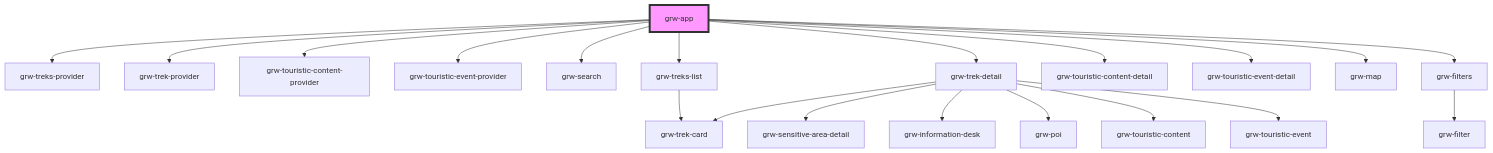
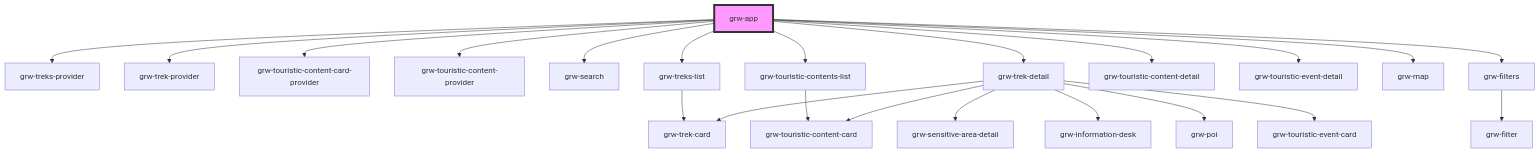
Before and after one commit to GeotrekCE/Geotrek-rando-widget: the diagram in src/components/grw-app/readme.md, drawn with Mermaid. The commit also changed other lines of this file and 26 other files, not shown here.

Commit message:
add touristic contents list

````diff
--- a/src/components/grw-app/readme.md
+++ b/src/components/grw-app/readme.md
@@ -66,23 +70,25 @@
 ```mermaid
 graph TD;
   grw-app --> grw-treks-provider
   grw-app --> grw-trek-provider
+  grw-app --> grw-touristic-content-card-provider
   grw-app --> grw-touristic-content-provider
-  grw-app --> grw-touristic-event-provider
   grw-app --> grw-search
   grw-app --> grw-treks-list
+  grw-app --> grw-touristic-contents-list
   grw-app --> grw-trek-detail
   grw-app --> grw-touristic-content-detail
   grw-app --> grw-touristic-event-detail
   grw-app --> grw-map
   grw-app --> grw-filters
   grw-treks-list --> grw-trek-card
+  grw-touristic-contents-list --> grw-touristic-content-card
   grw-trek-detail --> grw-trek-card
   grw-trek-detail --> grw-sensitive-area-detail
   grw-trek-detail --> grw-information-desk
   grw-trek-detail --> grw-poi
-  grw-trek-detail --> grw-touristic-content
-  grw-trek-detail --> grw-touristic-event
+  grw-trek-detail --> grw-touristic-content-card
+  grw-trek-detail --> grw-touristic-event-card
   grw-filters --> grw-filter
   style grw-app fill:#f9f,stroke:#333,stroke-width:4px
 ```
````
